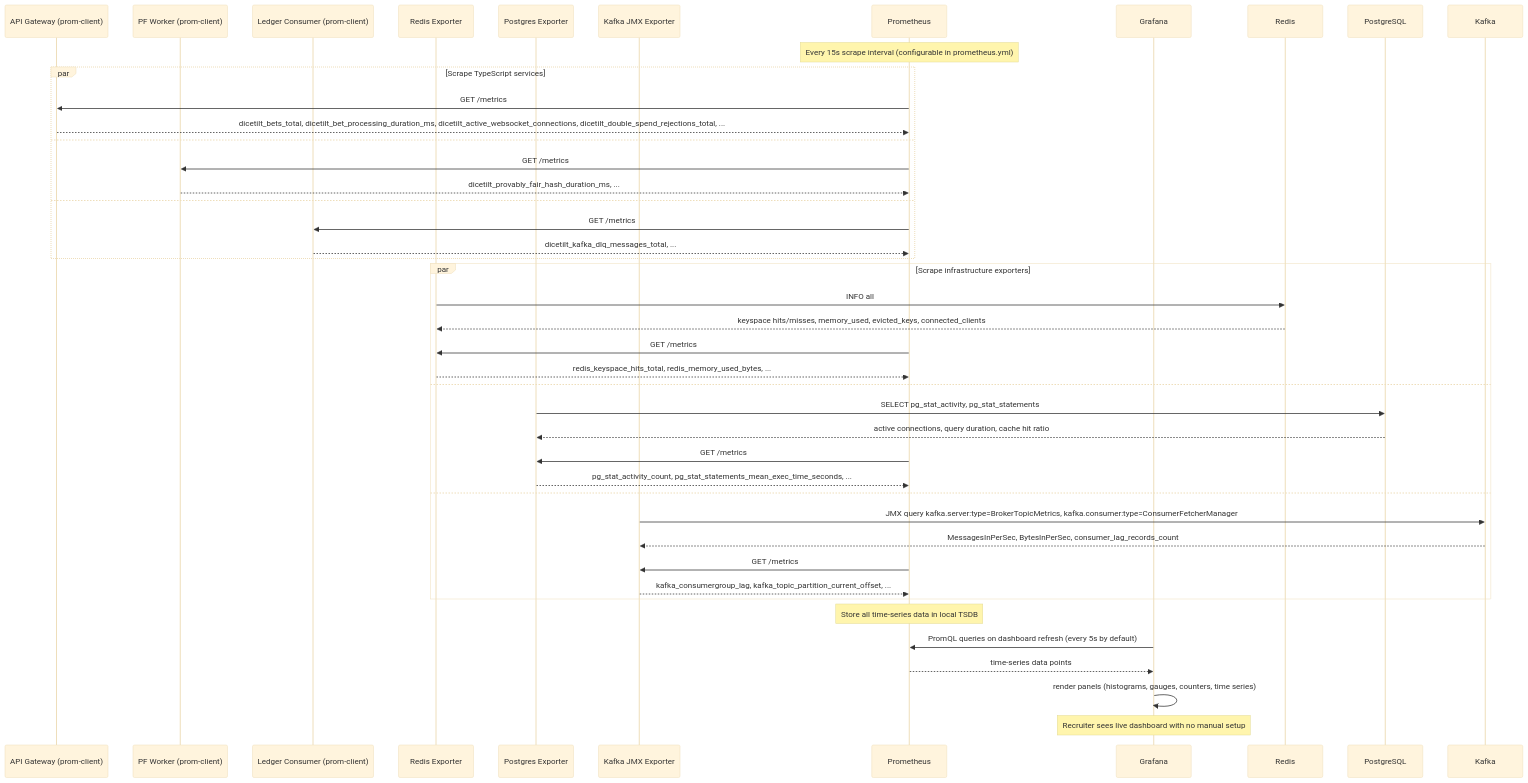
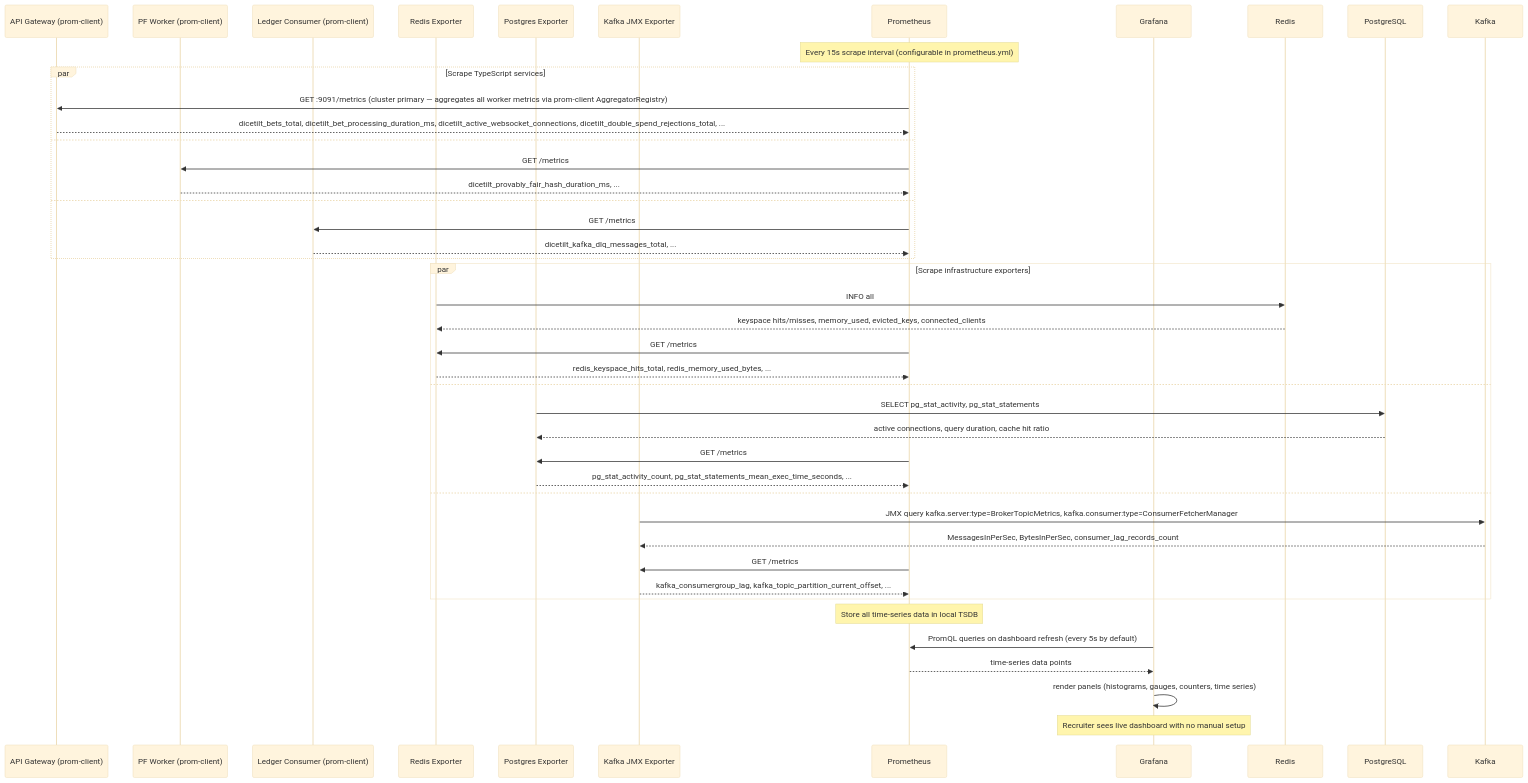
The fourth of 7 diagrams in documentation/infrastructure-flows.md (Fennzo/DiceTilt), drawn with Mermaid (base theme) before and after one commit. The commit also changed other lines of this file and 93 other files, not shown here.

````diff
--- a/documentation/infrastructure-flows.md
+++ b/documentation/infrastructure-flows.md
@@ -195,51 +224,51 @@
 ```mermaid
 sequenceDiagram
     participant API as API Gateway (prom-client)
     participant PF as PF Worker (prom-client)
     participant LC as Ledger Consumer (prom-client)
     participant RedisExp as Redis Exporter
     participant PGExp as Postgres Exporter
     participant KafkaExp as Kafka JMX Exporter
     participant Prom as Prometheus
     participant Grafana as Grafana
     participant Redis as Redis
     participant PG as PostgreSQL
     participant Kafka as Kafka
 
     Note over Prom: Every 15s scrape interval (configurable in prometheus.yml)
 
     par Scrape TypeScript services
-        Prom->>API: GET /metrics
+        Prom->>API: GET :9091/metrics (cluster primary — aggregates all worker metrics via prom-client AggregatorRegistry)
         API-->>Prom: dicetilt_bets_total, dicetilt_bet_processing_duration_ms, dicetilt_active_websocket_connections, dicetilt_double_spend_rejections_total, ...
     and
         Prom->>PF: GET /metrics
         PF-->>Prom: dicetilt_provably_fair_hash_duration_ms, ...
     and
         Prom->>LC: GET /metrics
         LC-->>Prom: dicetilt_kafka_dlq_messages_total, ...
     end
 
     par Scrape infrastructure exporters
         RedisExp->>Redis: INFO all
         Redis-->>RedisExp: keyspace hits/misses, memory_used, evicted_keys, connected_clients
         Prom->>RedisExp: GET /metrics
         RedisExp-->>Prom: redis_keyspace_hits_total, redis_memory_used_bytes, ...
     and
         PGExp->>PG: SELECT pg_stat_activity, pg_stat_statements
         PG-->>PGExp: active connections, query duration, cache hit ratio
         Prom->>PGExp: GET /metrics
         PGExp-->>Prom: pg_stat_activity_count, pg_stat_statements_mean_exec_time_seconds, ...
     and
         KafkaExp->>Kafka: JMX query kafka.server:type=BrokerTopicMetrics, kafka.consumer:type=ConsumerFetcherManager
         Kafka-->>KafkaExp: MessagesInPerSec, BytesInPerSec, consumer_lag_records_count
         Prom->>KafkaExp: GET /metrics
         KafkaExp-->>Prom: kafka_consumergroup_lag, kafka_topic_partition_current_offset, ...
     end
 
     Note over Prom: Store all time-series data in local TSDB
 
     Grafana->>Prom: PromQL queries on dashboard refresh (every 5s by default)
     Prom-->>Grafana: time-series data points
     Grafana->>Grafana: render panels (histograms, gauges, counters, time series)
     Note over Grafana: Recruiter sees live dashboard with no manual setup
 ```
````
